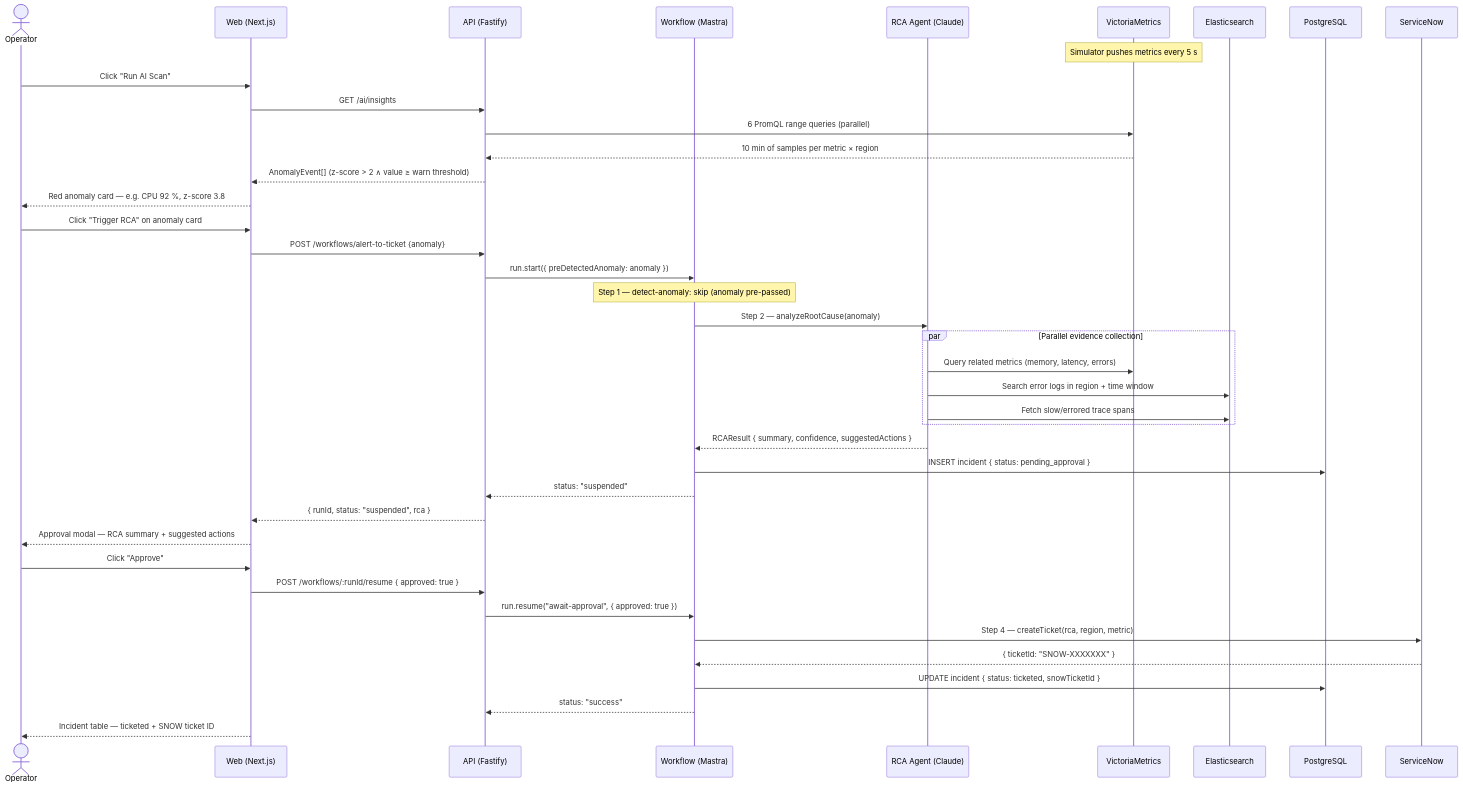
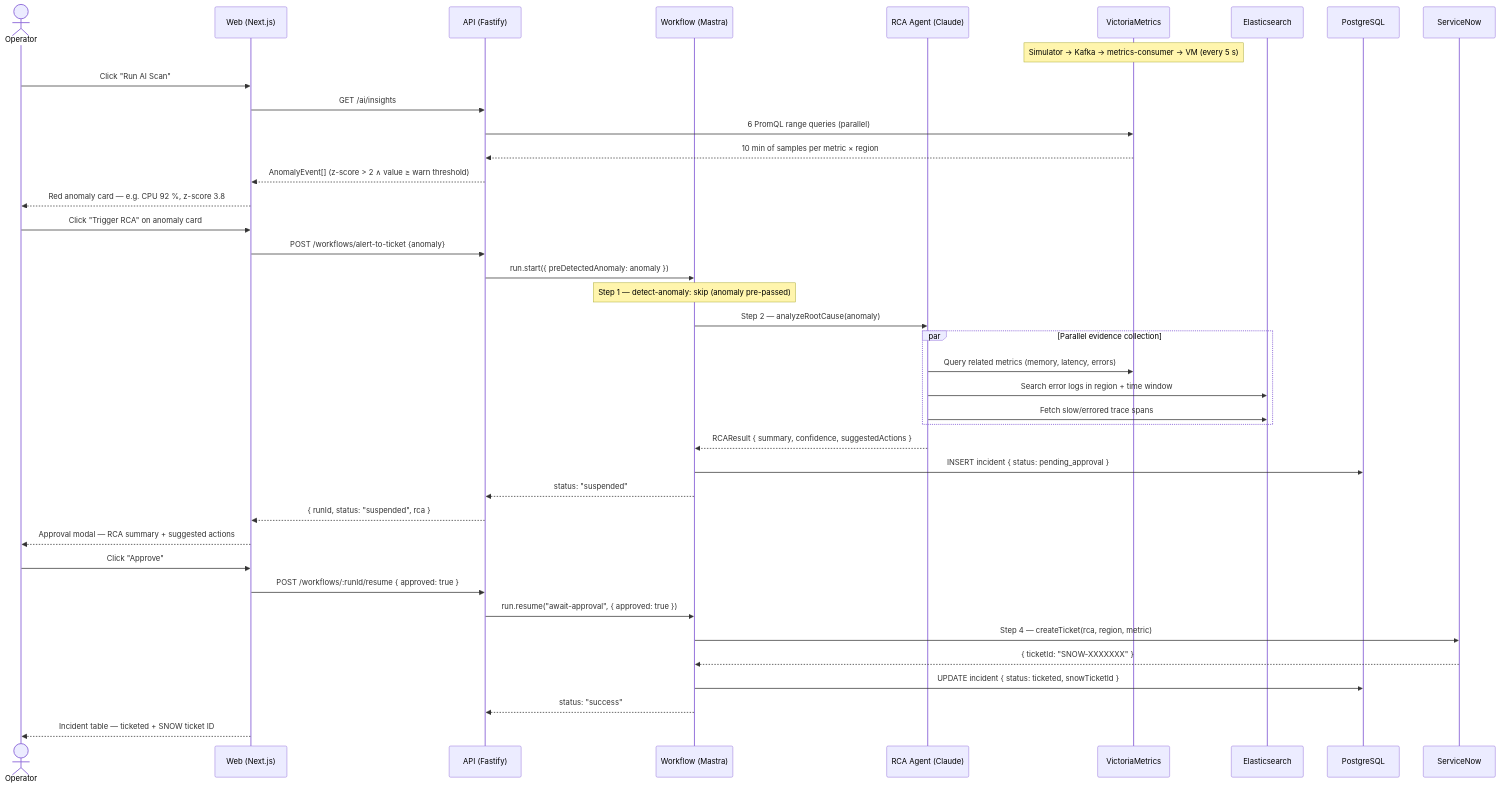
The first of 2 diagrams in SmartOps AI observability platform/README.md (sergiunicoara/Agentic-AI), drawn with Mermaid before and after one commit. The commit also changed other lines of this file and 1 other file, not shown here.

````diff
--- a/SmartOps AI observability platform/README.md
+++ b/SmartOps AI observability platform/README.md
@@ -36,50 +39,50 @@
 ```mermaid
 sequenceDiagram
     actor U as Operator
     participant W as Web (Next.js)
     participant A as API (Fastify)
     participant WF as Workflow (Mastra)
     participant AI as RCA Agent (Claude)
     participant VM as VictoriaMetrics
     participant ES as Elasticsearch
     participant DB as PostgreSQL
     participant SN as ServiceNow
 
-    Note over VM: Simulator pushes metrics every 5 s
+    Note over VM: Simulator → Kafka → metrics-consumer → VM (every 5 s)
 
     U->>W: Click "Run AI Scan"
     W->>A: GET /ai/insights
     A->>VM: 6 PromQL range queries (parallel)
     VM-->>A: 10 min of samples per metric × region
     A-->>W: AnomalyEvent[] (z-score > 2 ∧ value ≥ warn threshold)
     W-->>U: Red anomaly card — e.g. CPU 92 %, z-score 3.8
 
     U->>W: Click "Trigger RCA" on anomaly card
     W->>A: POST /workflows/alert-to-ticket {anomaly}
     A->>WF: run.start({ preDetectedAnomaly: anomaly })
 
     Note over WF: Step 1 — detect-anomaly: skip (anomaly pre-passed)
 
     WF->>AI: Step 2 — analyzeRootCause(anomaly)
     par Parallel evidence collection
         AI->>VM: Query related metrics (memory, latency, errors)
         AI->>ES: Search error logs in region + time window
         AI->>ES: Fetch slow/errored trace spans
     end
     AI-->>WF: RCAResult { summary, confidence, suggestedActions }
 
     WF->>DB: INSERT incident { status: pending_approval }
     WF-->>A: status: "suspended"
     A-->>W: { runId, status: "suspended", rca }
     W-->>U: Approval modal — RCA summary + suggested actions
 
     U->>W: Click "Approve"
     W->>A: POST /workflows/:runId/resume { approved: true }
     A->>WF: run.resume("await-approval", { approved: true })
 
     WF->>SN: Step 4 — createTicket(rca, region, metric)
     SN-->>WF: { ticketId: "SNOW-XXXXXXX" }
     WF->>DB: UPDATE incident { status: ticketed, snowTicketId }
     WF-->>A: status: "success"
     W-->>U: Incident table — ticketed + SNOW ticket ID
 ```
````
